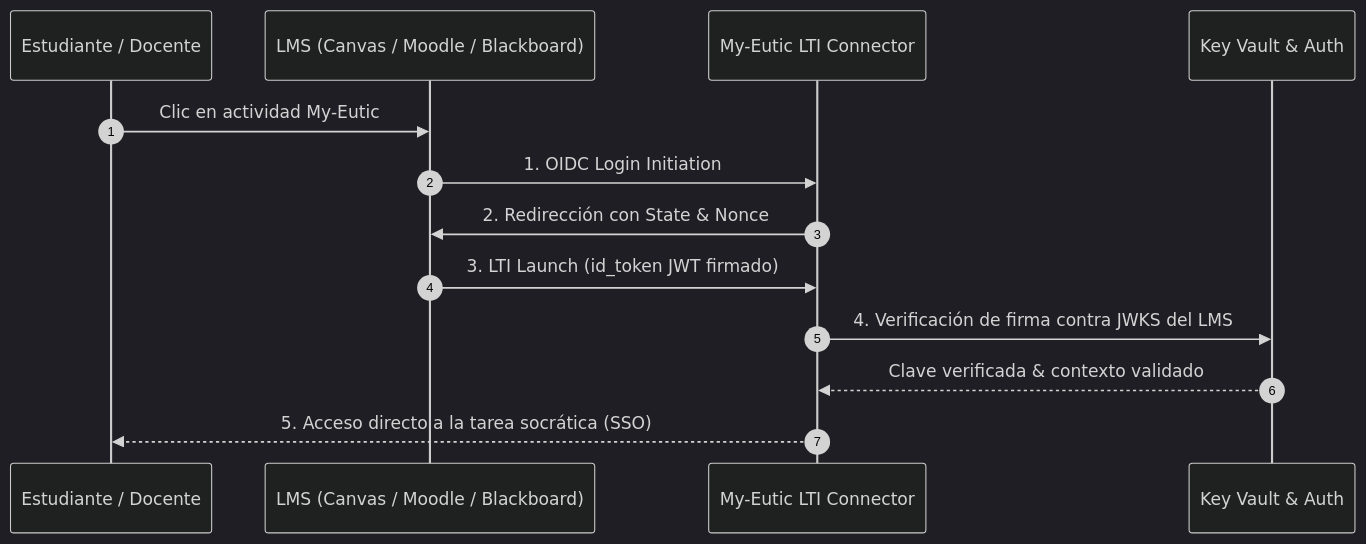
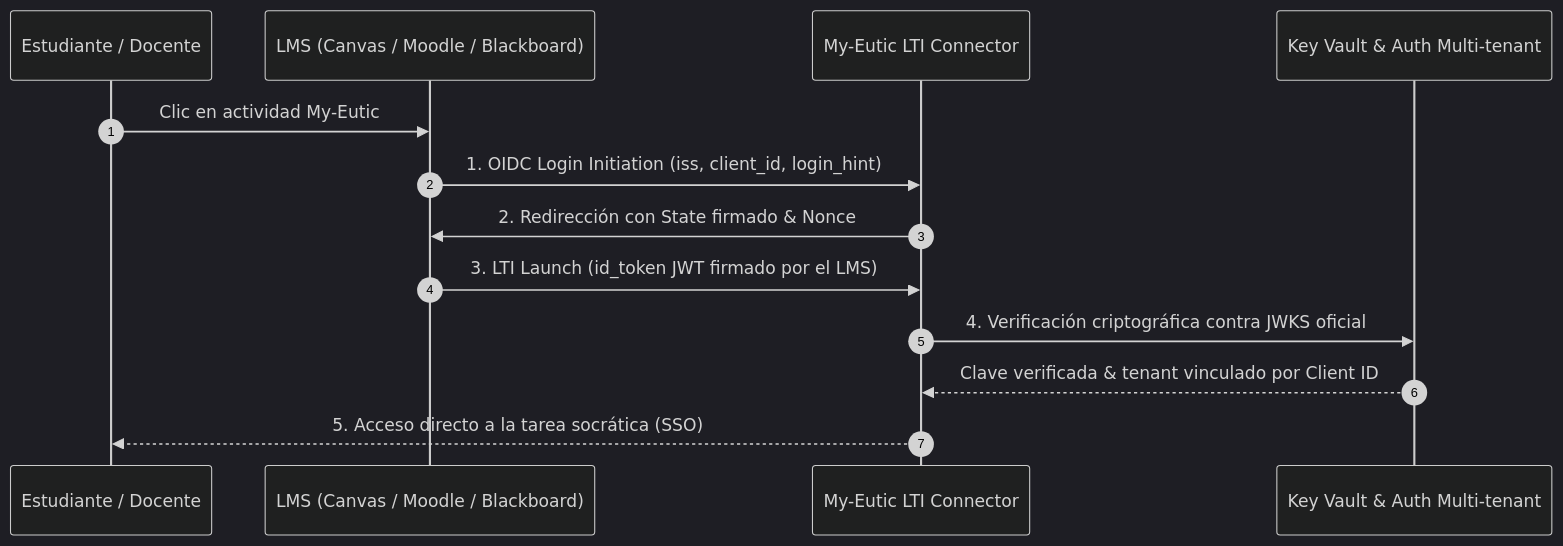
Before and after one commit to BSanroma/my-eutic-docs: the diagram in docs/lti-integration.md, drawn with Mermaid (dark theme). The commit also changed other lines of this file and 3 other files, not shown here.

Commit message:
docs(lti): add Canvas LMS and Blackboard Learn integration guides, update canonical endpoints

````diff
--- a/docs/lti-integration.md
+++ b/docs/lti-integration.md
@@ -37,16 +80,16 @@
 ```mermaid
 sequenceDiagram
     autonumber
     participant Estudiante as Estudiante / Docente
     participant LMS as LMS (Canvas / Moodle / Blackboard)
     participant Connector as My-Eutic LTI Connector
-    participant Vault as Key Vault & Auth
+    participant Vault as Key Vault & Auth Multi-tenant
 
     Estudiante->>LMS: Clic en actividad My-Eutic
-    LMS->>Connector: 1. OIDC Login Initiation
-    Connector->>LMS: 2. Redirección con State & Nonce
-    LMS->>Connector: 3. LTI Launch (id_token JWT firmado)
-    Connector->>Vault: 4. Verificación de firma contra JWKS del LMS
-    Vault-->>Connector: Clave verificada & contexto validado
+    LMS->>Connector: 1. OIDC Login Initiation (iss, client_id, login_hint)
+    Connector->>LMS: 2. Redirección con State firmado & Nonce
+    LMS->>Connector: 3. LTI Launch (id_token JWT firmado por el LMS)
+    Connector->>Vault: 4. Verificación criptográfica contra JWKS oficial
+    Vault-->>Connector: Clave verificada & tenant vinculado por Client ID
     Connector-->>Estudiante: 5. Acceso directo a la tarea socrática (SSO)
 ```
````
